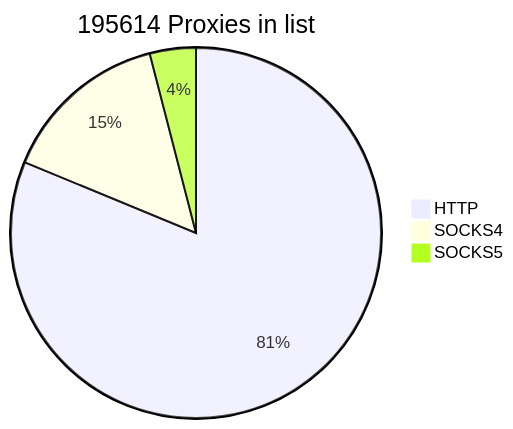
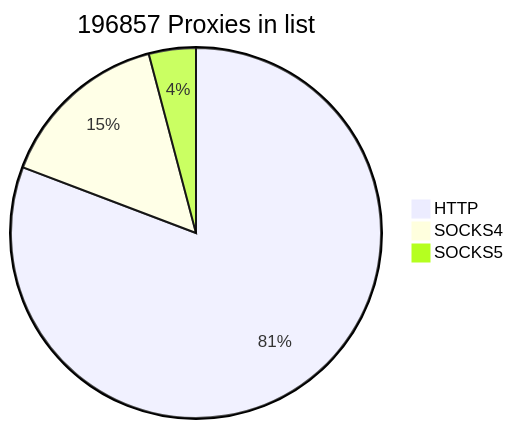
The first of 2 diagrams in README.md (cutipu/proxylist), drawn with Mermaid before and after one commit. The commit also changed other lines of this file, not shown here.

````diff
--- a/README.md
+++ b/README.md
@@ -2,7 +2,7 @@
 ```mermaid
-pie title 195614 Proxies in list
-    "HTTP" : 158901
-    "SOCKS4" : 28850
-    "SOCKS5" : 7863
+pie title 196857 Proxies in list
+    "HTTP" : 159012
+    "SOCKS4" : 29764
+    "SOCKS5" : 8081
             
 ```
````
